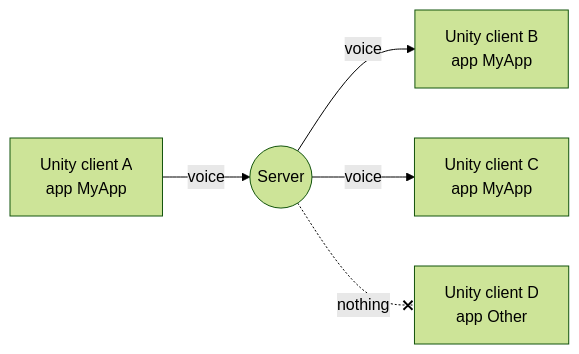
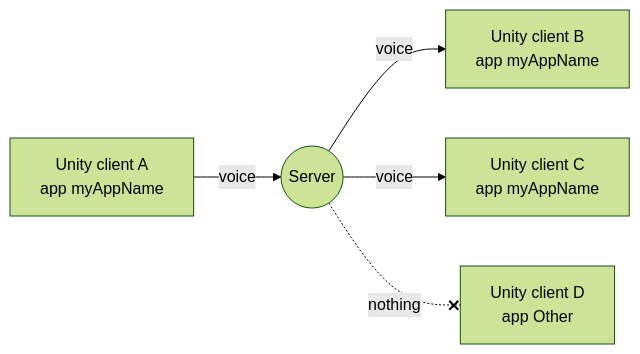
One commit to hcigroupkonstanz/Colibri changed the fourth of 4 diagrams in docs/docs/server/protocol.md. Above: the diagram before and after it, drawn with Mermaid (forest theme). The commit also changed other lines of this file and 8 other files, not shown here.

First line of the commit message:
docs: use the app name myAppName in every example

````diff
--- a/docs/docs/server/protocol.md
+++ b/docs/docs/server/protocol.md
@@ -187,7 +187,7 @@
 ```mermaid
 flowchart LR
-    A["Unity client A<br/>app MyApp"] -->|"voice"| S(("Server"))
-    S -->|"voice"| B["Unity client B<br/>app MyApp"]
-    S -->|"voice"| C["Unity client C<br/>app MyApp"]
+    A["Unity client A<br/>app myAppName"] -->|"voice"| S(("Server"))
+    S -->|"voice"| B["Unity client B<br/>app myAppName"]
+    S -->|"voice"| C["Unity client C<br/>app myAppName"]
     S -.-x|"nothing"| D["Unity client D<br/>app Other"]
 ```
````
